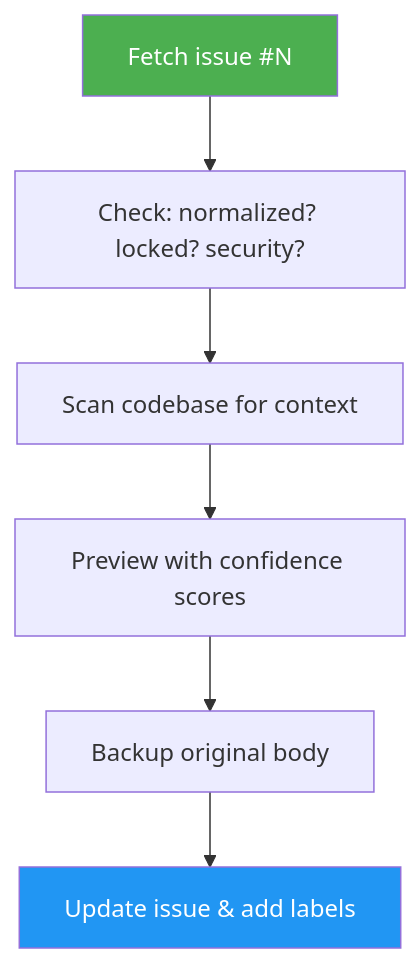
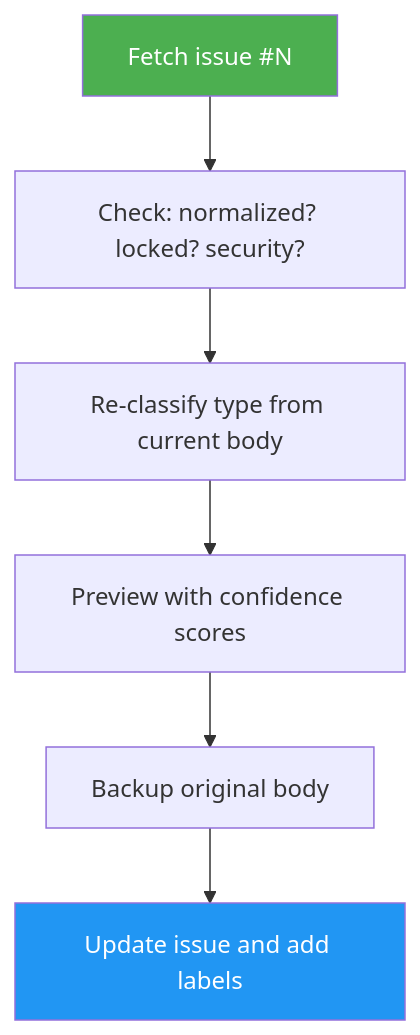
Before and after one commit to luongnv89/idd: the second of 2 diagrams in skills/issue-creator/README.md, drawn with Mermaid. The commit also changed other lines of this file and 1 other file, not shown here.

First line of the commit message:
docs(issue-creator): rewrite README and SKILL.md to intent-only language (#31) (#39)

````diff
--- a/skills/issue-creator/README.md
+++ b/skills/issue-creator/README.md
@@ -38,10 +49,10 @@
 ```mermaid
 graph TD
     A["Fetch issue #N"] --> B["Check: normalized? locked? security?"]
-    B --> C["Scan codebase for context"]
+    B --> C["Re-classify type from current body"]
     C --> D["Preview with confidence scores"]
     D --> E["Backup original body"]
-    E --> F["Update issue & add labels"]
+    E --> F["Update issue and add labels"]
     style A fill:#4CAF50,color:#fff
     style F fill:#2196F3,color:#fff
 ```
````
